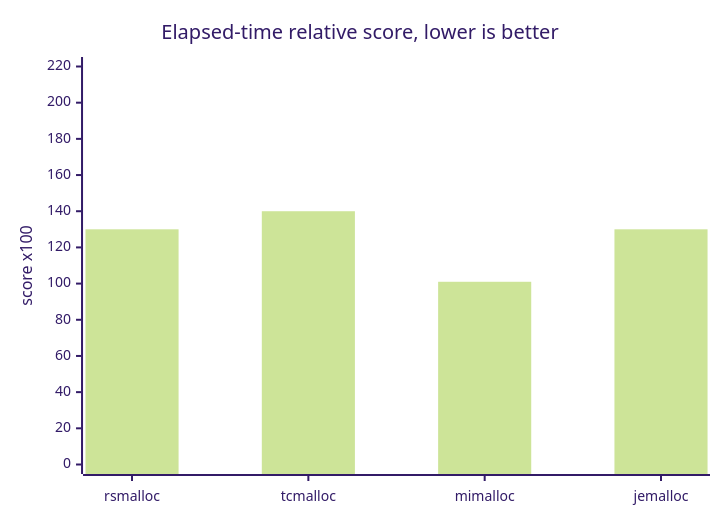
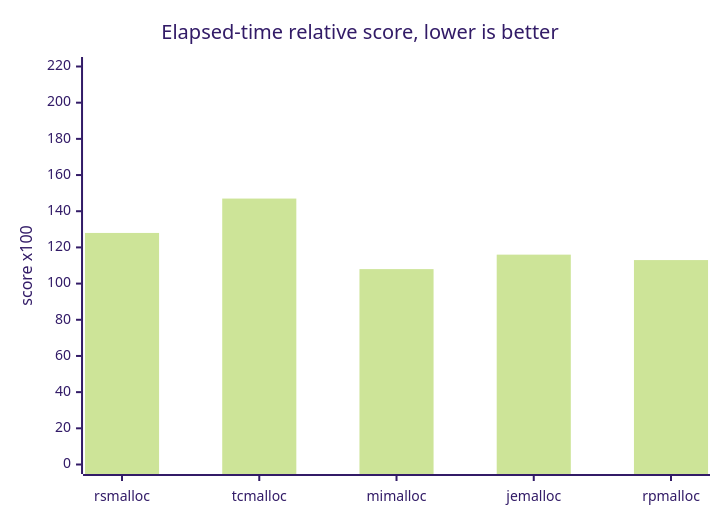
The third of 10 diagrams in benchmarks/benchmarks.md (Metehan120/rsmalloc), drawn with Mermaid (forest theme) before and after one commit. The commit also changed other lines of this file and 64 other files, not shown here.

````diff
--- a/benchmarks/benchmarks.md
+++ b/benchmarks/benchmarks.md
@@ -101,7 +122,7 @@
 ```mermaid
 xychart-beta
     title "Elapsed-time relative score, lower is better"
-    x-axis [rsmalloc, tcmalloc, mimalloc, jemalloc]
+    x-axis [rsmalloc, tcmalloc, mimalloc, jemalloc, rpmalloc]
     y-axis "score x100" 0 --> 220
-    bar [130, 140, 101, 130]
+    bar [128, 147, 108, 116, 113]
 ```
````
